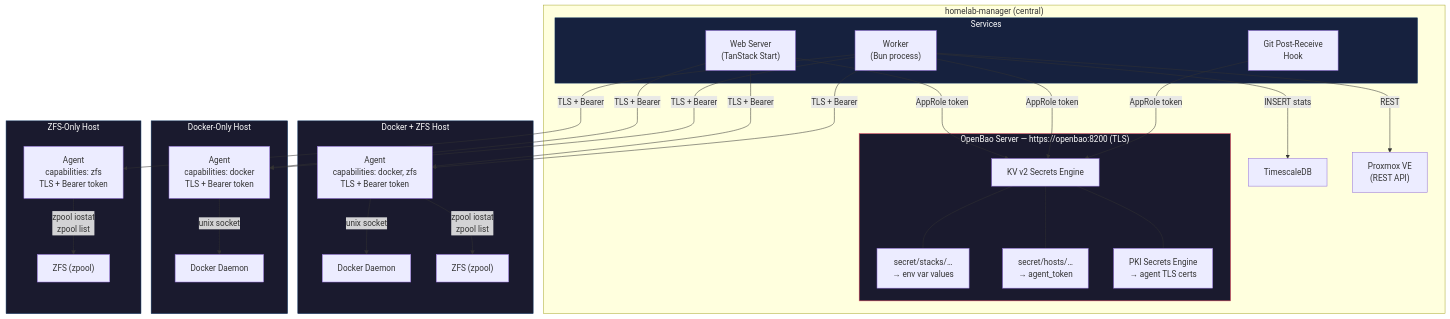
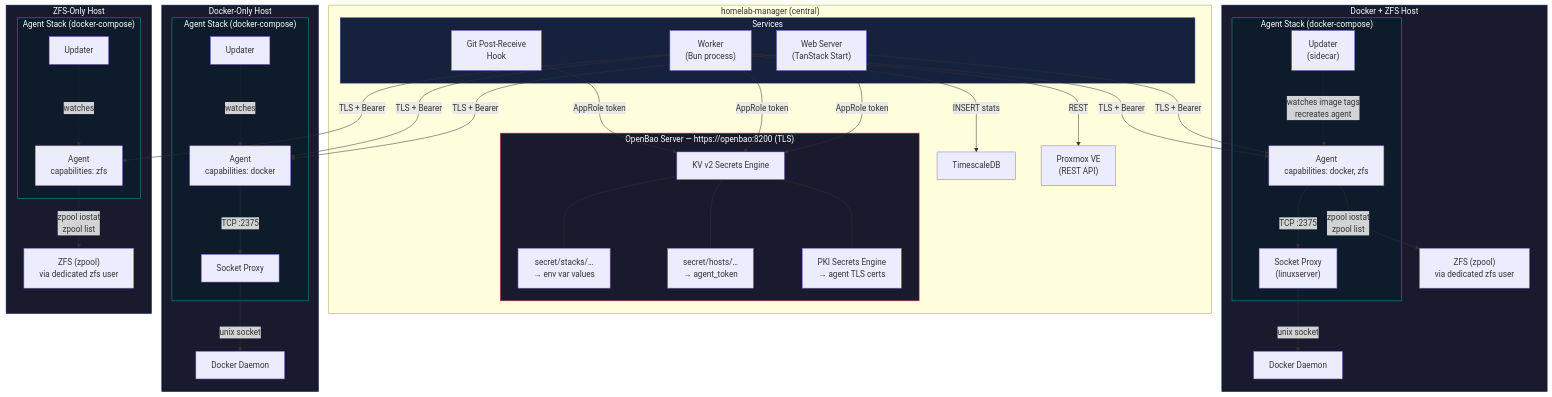
The eighth of 10 diagrams in docs/openbao-architecture.md (jaredglaser/homelab-manager), drawn with Mermaid before and after one commit. The commit also changed other lines of this file, not shown here.

First line of the commit message:
docs: redesign agent deployment as user-managed stack with defense-in-depth

````diff
--- a/docs/openbao-architecture.md
+++ b/docs/openbao-architecture.md
@@ -270,61 +286,80 @@
 ```mermaid
 graph TB
     subgraph homelab["homelab-manager (central)"]
         subgraph consumers["Services"]
             WEB["Web Server<br/>(TanStack Start)"]
             WORKER["Worker<br/>(Bun process)"]
             GIT["Git Post-Receive<br/>Hook"]
         end
 
         subgraph bao["OpenBao Server — https://openbao:8200 (TLS)"]
             KV["KV v2 Secrets Engine"]
             STACKS_S["secret/stacks/…<br/>→ env var values"]
             HOSTS_S["secret/hosts/…<br/>→ agent_token"]
             PKI["PKI Secrets Engine<br/>→ agent TLS certs"]
             KV --- STACKS_S
             KV --- HOSTS_S
             KV --- PKI
         end
 
         DB["TimescaleDB"]
         PROXMOX_API["Proxmox VE<br/>(REST API)"]
 
         WEB -->|"AppRole token"| KV
         WORKER -->|"AppRole token"| KV
         GIT -->|"AppRole token"| KV
         WORKER -->|"REST"| PROXMOX_API
         WORKER -->|"INSERT stats"| DB
     end
 
     subgraph host1["Docker + ZFS Host"]
-        A1["Agent<br/>capabilities: docker, zfs<br/>TLS + Bearer token"]
+        subgraph stack1["Agent Stack (docker-compose)"]
+            A1["Agent<br/>capabilities: docker, zfs"]
+            SP1["Socket Proxy<br/>(linuxserver)"]
+            UP1["Updater<br/>(sidecar)"]
+        end
         D1["Docker Daemon"]
-        Z1["ZFS (zpool)"]
-        A1 -->|"unix socket"| D1
+        Z1["ZFS (zpool)<br/>via dedicated zfs user"]
+        A1 -->|"TCP :2375"| SP1
+        SP1 -->|"unix socket"| D1
         A1 -->|"zpool iostat<br/>zpool list"| Z1
+        UP1 -.->|"watches image tags<br/>recreates agent"| A1
     end
 
     subgraph host2["Docker-Only Host"]
-        A2["Agent<br/>capabilities: docker<br/>TLS + Bearer token"]
+        subgraph stack2["Agent Stack (docker-compose)"]
+            A2["Agent<br/>capabilities: docker"]
+            SP2["Socket Proxy"]
+            UP2["Updater"]
+        end
         D2["Docker Daemon"]
-        A2 -->|"unix socket"| D2
+        A2 -->|"TCP :2375"| SP2
+        SP2 -->|"unix socket"| D2
+        UP2 -.->|"watches"| A2
     end
 
     subgraph host3["ZFS-Only Host"]
-        A3["Agent<br/>capabilities: zfs<br/>TLS + Bearer token"]
-        Z3["ZFS (zpool)"]
+        subgraph stack3["Agent Stack (docker-compose)"]
+            A3["Agent<br/>capabilities: zfs"]
+            UP3["Updater"]
+        end
+        Z3["ZFS (zpool)<br/>via dedicated zfs user"]
         A3 -->|"zpool iostat<br/>zpool list"| Z3
+        UP3 -.->|"watches"| A3
     end
 
     WEB -->|"TLS + Bearer"| A1
     WEB -->|"TLS + Bearer"| A2
     WORKER -->|"TLS + Bearer"| A1
     WORKER -->|"TLS + Bearer"| A2
     WORKER -->|"TLS + Bearer"| A3
 
     style bao fill:#1a1a2e,stroke:#e94560,color:#fff
     style consumers fill:#16213e,stroke:#0f3460,color:#fff
+    style stack1 fill:#0d1b2a,stroke:#1b9aaa,color:#fff
+    style stack2 fill:#0d1b2a,stroke:#1b9aaa,color:#fff
+    style stack3 fill:#0d1b2a,stroke:#1b9aaa,color:#fff
     style host1 fill:#1a1a2e,stroke:#0f3460,color:#fff
     style host2 fill:#1a1a2e,stroke:#0f3460,color:#fff
     style host3 fill:#1a1a2e,stroke:#0f3460,color:#fff
 ```
````
